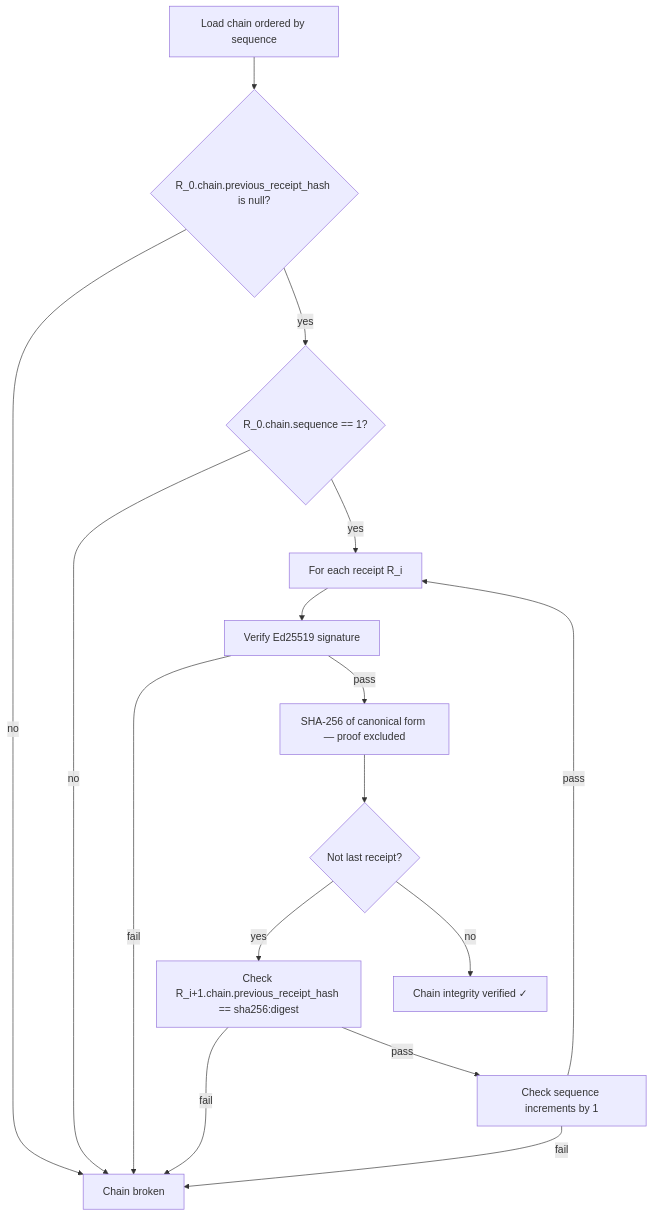
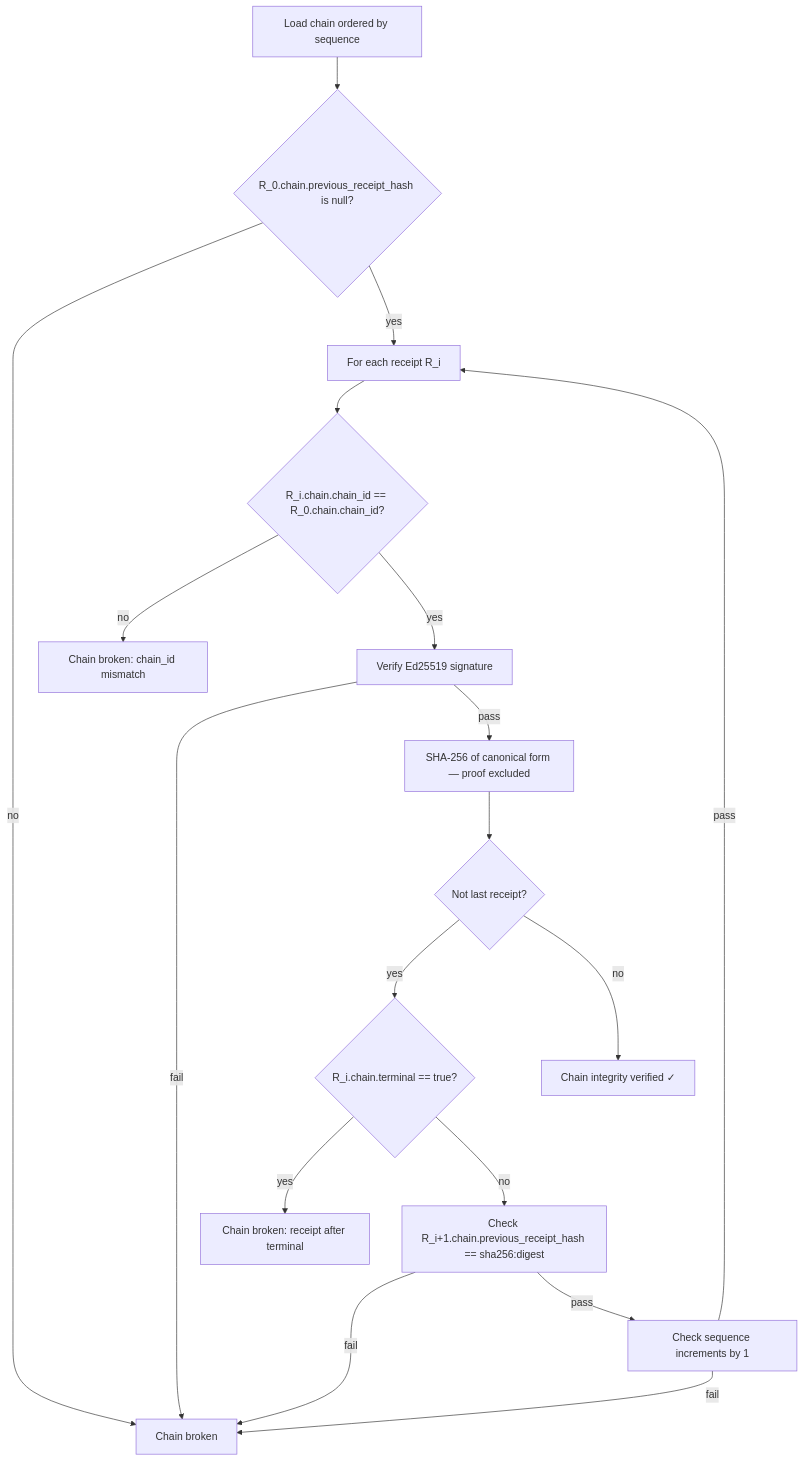
Before and after one commit to agent-receipts/ar: the first of 2 diagrams in site/src/content/docs/specification/receipt-chain-verification.mdx, drawn with Mermaid. The commit also changed other lines of this file, not shown here.

First paragraph of the commit message:
docs(site): sync chain-verification flowchart with steps 1-6, fix ExpectedLength suggestion
Two further Copilot findings on the v0.3.0 refresh, both reasonable:

````diff
--- a/site/src/content/docs/specification/receipt-chain-verification.mdx
+++ b/site/src/content/docs/specification/receipt-chain-verification.mdx
@@ -49,18 +49,20 @@
 ```mermaid
 flowchart TD
   A[Load chain ordered by sequence] --> A2{R_0.chain.previous_receipt_hash is null?}
   A2 -->|no| Z[Chain broken]
-  A2 -->|yes| A3{R_0.chain.sequence == 1?}
-  A3 -->|no| Z
-  A3 -->|yes| B[For each receipt R_i]
-  B --> C[Verify Ed25519 signature]
+  A2 -->|yes| B[For each receipt R_i]
+  B --> CID{R_i.chain.chain_id == R_0.chain.chain_id?}
+  CID -->|no| Z2["Chain broken: chain_id mismatch"]
+  CID -->|yes| C[Verify Ed25519 signature]
   C -->|fail| Z
   C -->|pass| D[SHA-256 of canonical form — proof excluded]
   D --> E{Not last receipt?}
-  E -->|yes| F["Check R_i+1.chain.previous_receipt_hash == sha256:digest"]
+  E -->|yes| TERM{R_i.chain.terminal == true?}
+  TERM -->|yes| Z3["Chain broken: receipt after terminal"]
+  TERM -->|no| F["Check R_i+1.chain.previous_receipt_hash == sha256:digest"]
   F -->|fail| Z
   F -->|pass| G[Check sequence increments by 1]
   G -->|fail| Z
   G -->|pass| B
   E -->|no| H[Chain integrity verified ✓]
 ```
````
